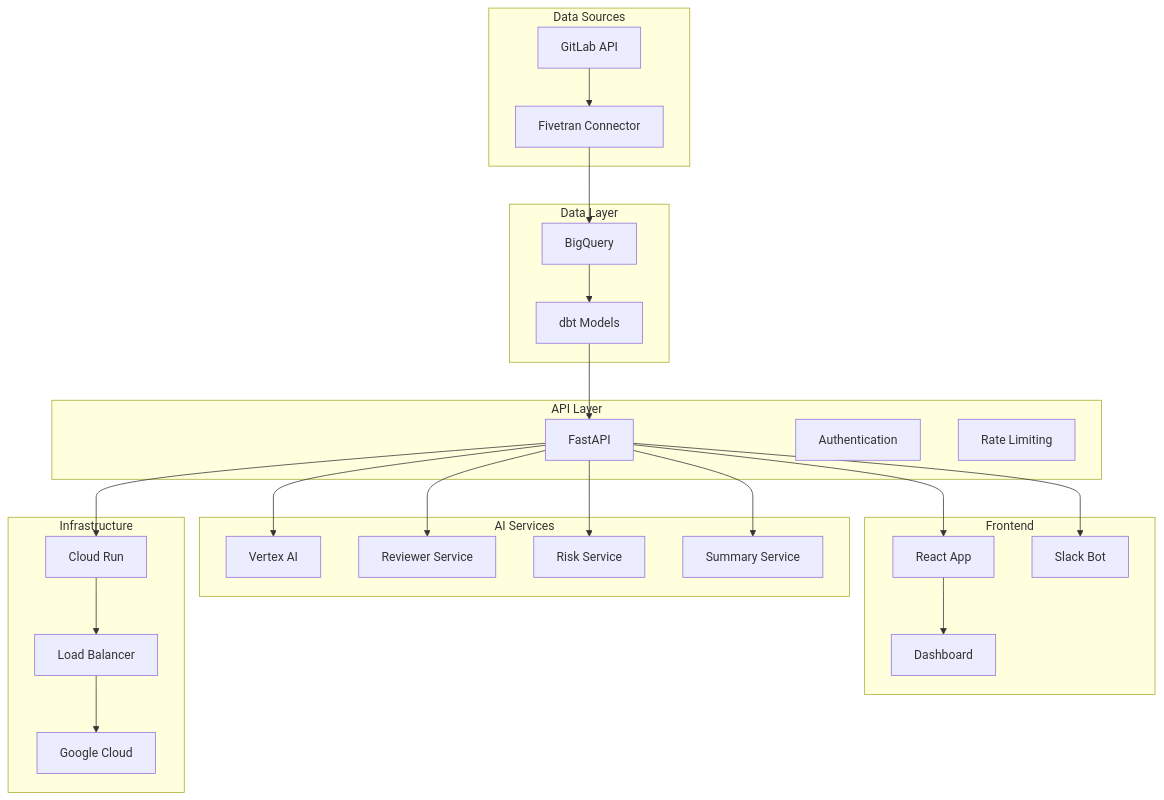
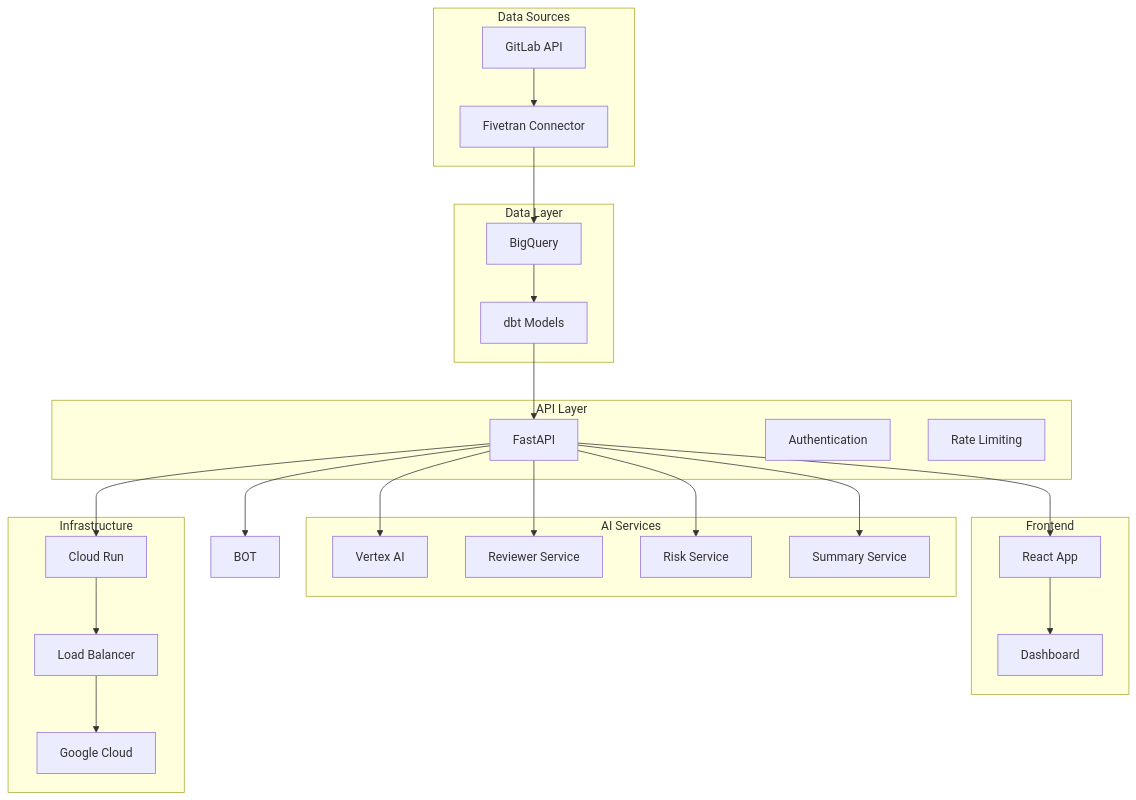
One commit to prabhakaran-jm/mergemind changed the diagram in README.md. Above: the diagram before and after it, drawn with Mermaid. The commit also changed other lines of this file and 48 other files, not shown here.

````diff
--- a/README.md
+++ b/README.md
@@ -84,52 +83,51 @@
 ```mermaid
 graph TB
     subgraph "Data Sources"
         GL[GitLab API]
         FV[Fivetran Connector]
     end
     
     subgraph "Data Layer"
         BQ[BigQuery]
         dbt[dbt Models]
     end
     
     subgraph "AI Services"
         VAI[Vertex AI]
         RS[Reviewer Service]
         RISK[Risk Service]
         SUM[Summary Service]
     end
     
     subgraph "API Layer"
         API[FastAPI]
         AUTH[Authentication]
         RATE[Rate Limiting]
     end
     
     subgraph "Frontend"
         UI[React App]
         DASH[Dashboard]
-        BOT[Slack Bot]
     end
     
     subgraph "Infrastructure"
         GCP[Google Cloud]
         RUN[Cloud Run]
         LB[Load Balancer]
     end
     
     GL --> FV
     FV --> BQ
     BQ --> dbt
     dbt --> API
     API --> VAI
     API --> RS
     API --> RISK
     API --> SUM
     API --> UI
     API --> BOT
     UI --> DASH
     API --> RUN
     RUN --> LB
     LB --> GCP
 ```
````
